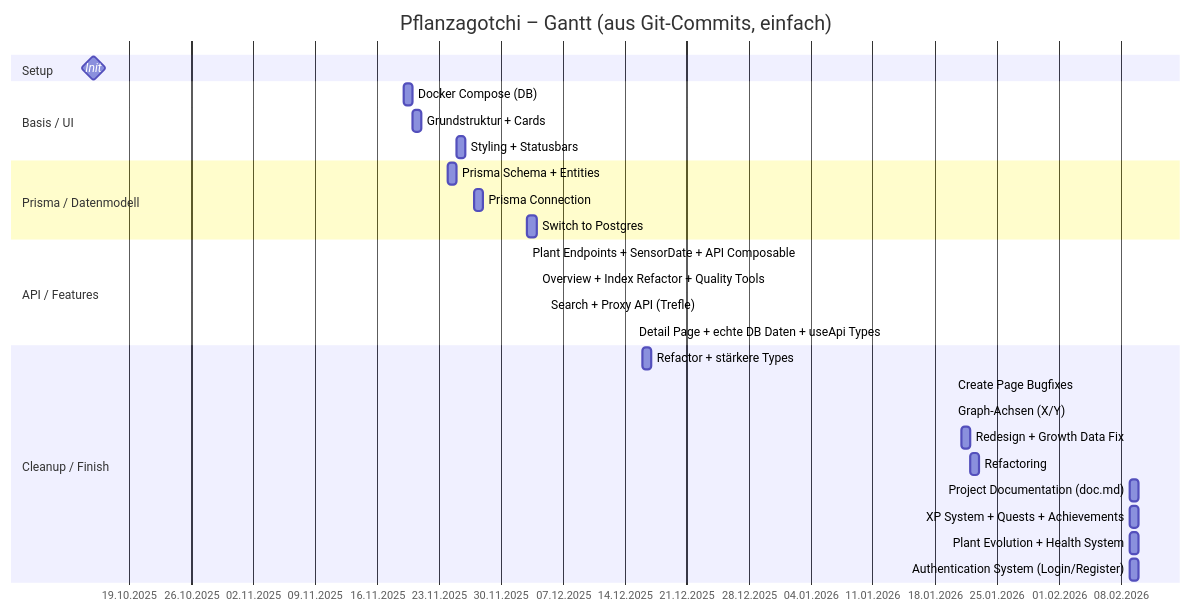
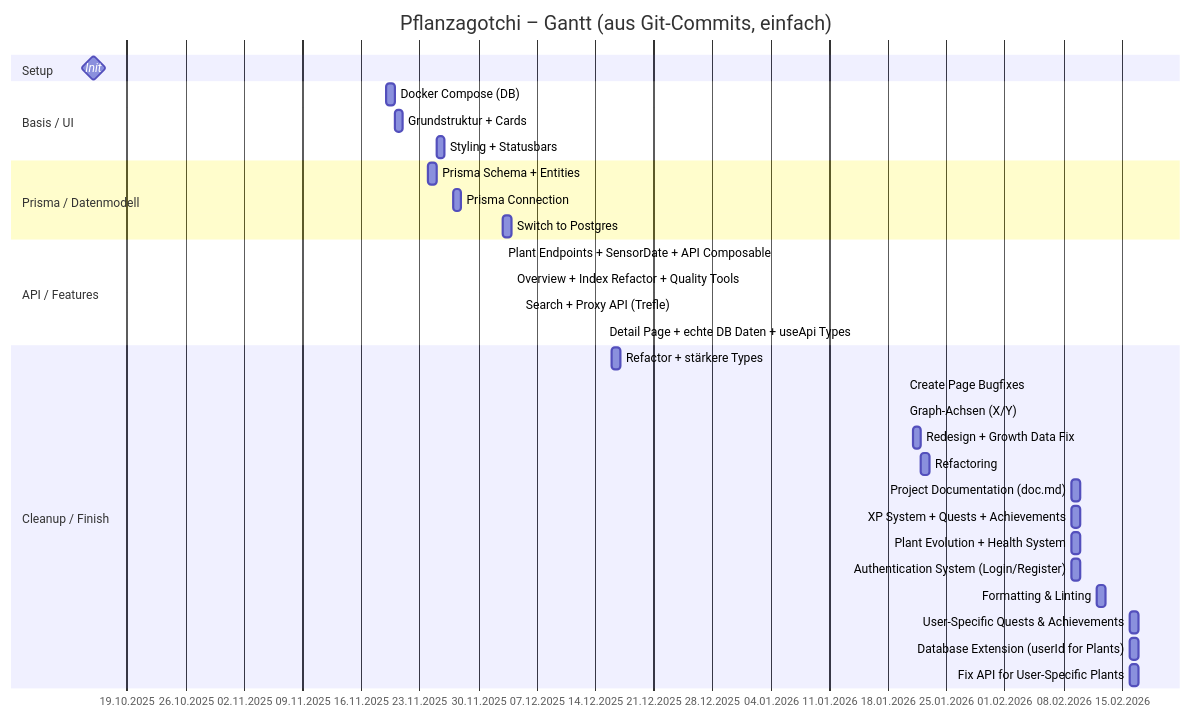
The diagram in gant.mmd (dominik-kretschmer/Pflanzagotchi), drawn with Mermaid before and after one commit. The commit also changed 6 other files, not shown here.

Commit message:
added user specifity for plants

```diff
--- a/gant.mmd
+++ b/gant.mmd
@@ -1,34 +1,38 @@
 gantt
     title Pflanzagotchi – Gantt (aus Git-Commits, einfach)
     dateFormat  YYYY-MM-DD
     axisFormat  %d.%m.%Y
 
     section Setup
         Init :milestone, m1, 2025-10-15, 0d
 
     section Basis / UI
         Docker Compose (DB) :a1, 2025-11-19, 1d
         Grundstruktur + Cards :a2, 2025-11-20, 1d
         Styling + Statusbars :a3, 2025-11-25, 1d
 
     section Prisma / Datenmodell
         Prisma Schema + Entities :a4, 2025-11-24, 1d
         Prisma Connection :a5, 2025-11-27, 1d
         Switch to Postgres :a6, 2025-12-03, 1d
 
     section API / Features
         Plant Endpoints + SensorDate + API Composable :a7, 2025-12-03, 2025-12-03
         Overview + Index Refactor + Quality Tools :a8, 2025-12-04, 2025-12-04
         Search + Proxy API (Trefle) :a9, 2025-12-05, 2025-12-05
         Detail Page + echte DB Daten + useApi Types :a10, 2025-12-15, 2025-12-15
 
     section Cleanup / Finish
         Refactor + stärkere Types :a11, 2025-12-16, 2025-12-17
         Create Page Bugfixes :a12, 2026-01-20, 2026-01-20
         Graph-Achsen (X/Y) :a13, 2026-01-20, 2026-01-20
         Redesign + Growth Data Fix :a14, 2026-01-21, 1d
         Refactoring :a15, 2026-01-22, 1d
         Project Documentation (doc.md) :a16, 2026-02-09, 1d
-        XP System + Quests + Achievements :a17, 2026-02-09, 1d
+        XP System + Quests + Achievements :a17, 2026-02-09, 2026-02-10
         Plant Evolution + Health System :a18, 2026-02-09, 1d
         Authentication System (Login/Register) :a19, 2026-02-09, 1d
+        Formatting & Linting :a20, 2026-02-12, 1d
+        User-Specific Quests & Achievements :a21, 2026-02-16, 1d
+        Database Extension (userId for Plants) :a22, 2026-02-16, 1d
+        Fix API for User-Specific Plants :a23, 2026-02-16, 1d
```
